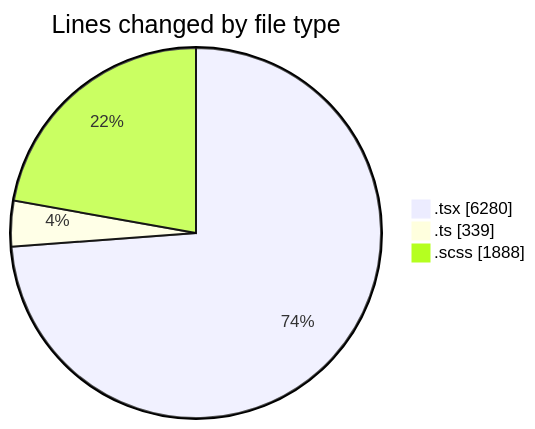
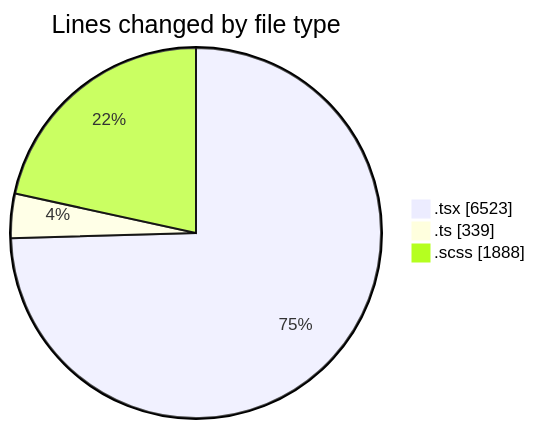
One commit to momahboobian/code-tracking changed the first of 2 diagrams in 2025-07-08/cda/README.md. Above: the diagram before and after it, drawn with Mermaid. The commit also changed other lines of this file and 1 other file, not shown here.

````diff
--- a/2025-07-08/cda/README.md
+++ b/2025-07-08/cda/README.md
@@ -49,7 +49,7 @@
 ```mermaid
 pie showData
 title Lines changed by file type
-".tsx" : 6280
+".tsx" : 6523
 ".ts" : 339
 ".scss" : 1888
 ```
````
